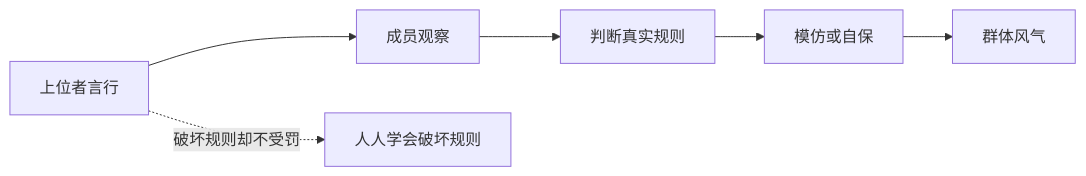
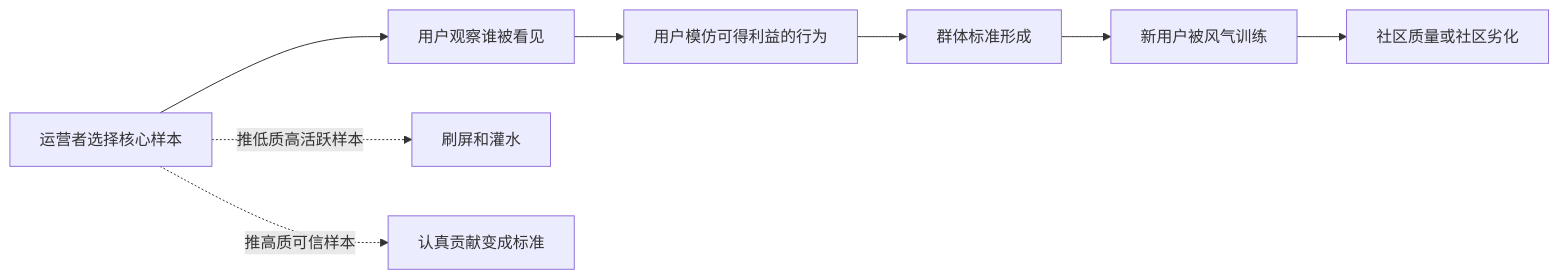
The third of 3 diagrams in 202605/20260518_27.md (digoal/blog), drawn with Mermaid before and after one commit. The commit also changed other lines of this file and 26 other files, not shown here.

````diff
--- a/202605/20260518_27.md
+++ b/202605/20260518_27.md
@@ -22,8 +230,11 @@
 ```mermaid
 flowchart LR
-  A["上位者言行"] --> B["成员观察"]
-  B --> C["判断真实规则"]
-  C --> D["模仿或自保"]
-  D --> E["群体风气"]
-  A -. "破坏规则却不受罚" .-> F["人人学会破坏规则"]
+  A["运营者选择核心样本"] --> B["用户观察谁被看见"]
+  B --> C["用户模仿可得利益的行为"]
+  C --> D["群体标准形成"]
+  D --> E["新用户被风气训练"]
+  E --> F["社区质量或社区劣化"]
+
+  A -. "推低质高活跃样本" .-> G["刷屏和灌水"]
+  A -. "推高质可信样本" .-> H["认真贡献变成标准"]
 ```
````
